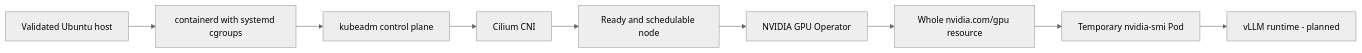
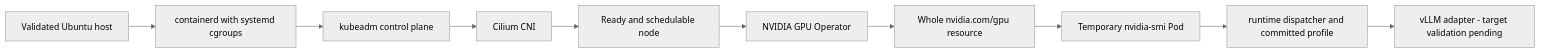
One commit to Ayobami-00/kube-inference-platform changed the first of 2 diagrams in docs/architecture.md. Above: the diagram before and after it, drawn with Mermaid (neutral theme). The commit also changed other lines of this file and 25 other files, not shown here.

Commit message:
feat(runtime): add pluggable vLLM inference checkpoint

````diff
--- a/docs/architecture.md
+++ b/docs/architecture.md
@@ -22,11 +22,12 @@
 ```mermaid
 flowchart LR
     Host[Validated Ubuntu host] --> Runtime[containerd with systemd cgroups]
     Runtime --> ControlPlane[kubeadm control plane]
     ControlPlane --> CNI[Cilium CNI]
     CNI --> Ready[Ready and schedulable node]
     Ready --> GPUOperator[NVIDIA GPU Operator]
     GPUOperator --> GPUReady[Whole nvidia.com/gpu resource]
     GPUReady --> Smoke[Temporary nvidia-smi Pod]
-    Smoke --> VLLMRuntime[vLLM runtime - planned]
+    Smoke --> Dispatcher[runtime dispatcher and committed profile]
+    Dispatcher --> VLLMRuntime[vLLM adapter - target validation pending]
 ```
````
